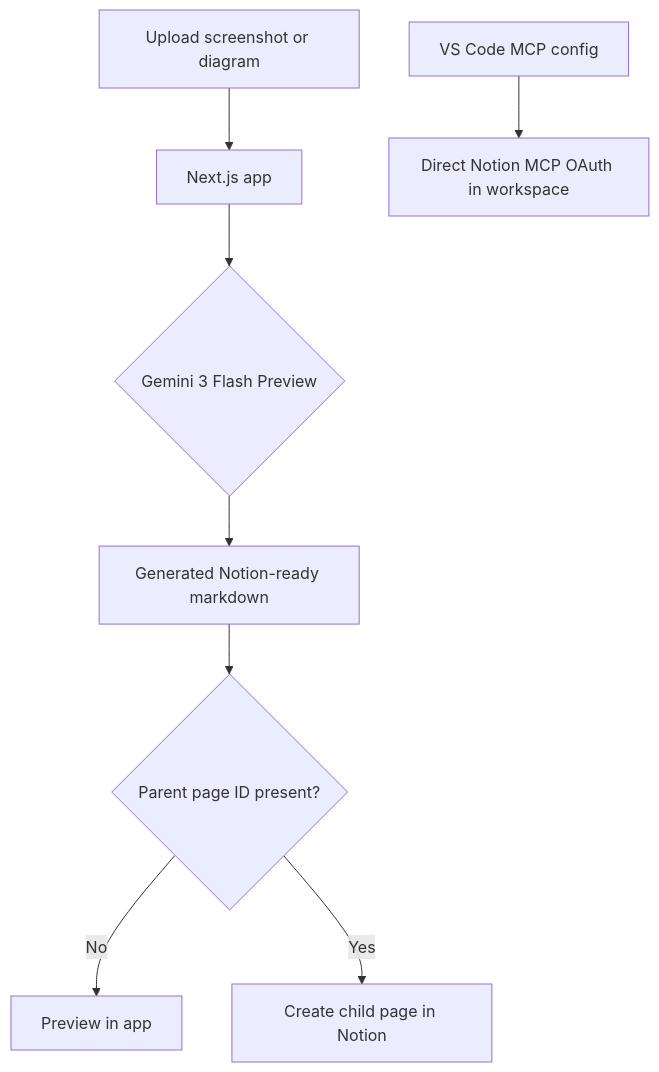
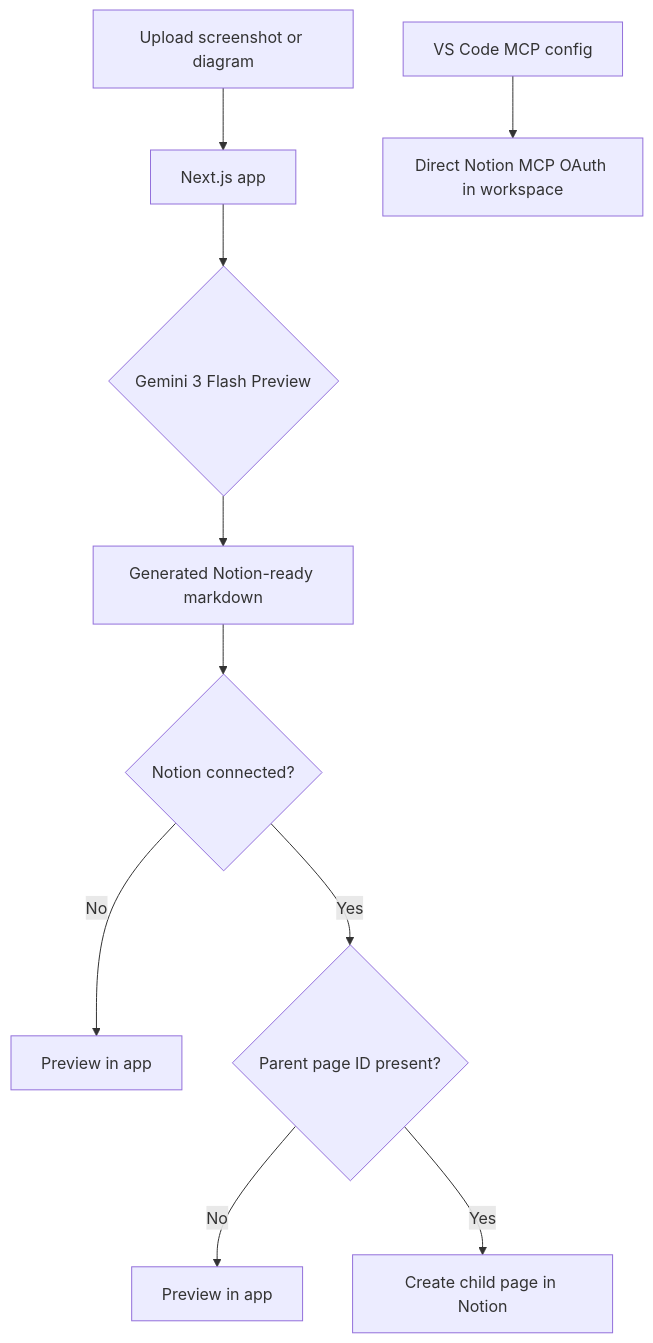
The diagram in docs/devto-submission.md (aniruddhaadak80/nexus-forge), drawn with Mermaid before and after one commit. The commit also changed other lines of this file and 10 other files, not shown here.

Commit message:
feat: add Notion OAuth connect flow

````diff
--- a/docs/devto-submission.md
+++ b/docs/devto-submission.md
@@ -34,10 +34,12 @@
 ```mermaid
 graph TD
     A[Upload screenshot or diagram] --> B[Next.js app]
     B --> C{Gemini 3 Flash Preview}
     C --> D[Generated Notion-ready markdown]
-    D --> E{Parent page ID present?}
-    E -- No --> F[Preview in app]
-    E -- Yes --> G[Create child page in Notion]
-    H[VS Code MCP config] --> I[Direct Notion MCP OAuth in workspace]
+  D --> E{Notion connected?}
+  E -- No --> F[Preview in app]
+  E -- Yes --> G{Parent page ID present?}
+  G -- No --> H[Preview in app]
+  G -- Yes --> I[Create child page in Notion]
+  J[VS Code MCP config] --> K[Direct Notion MCP OAuth in workspace]
 ```
````
